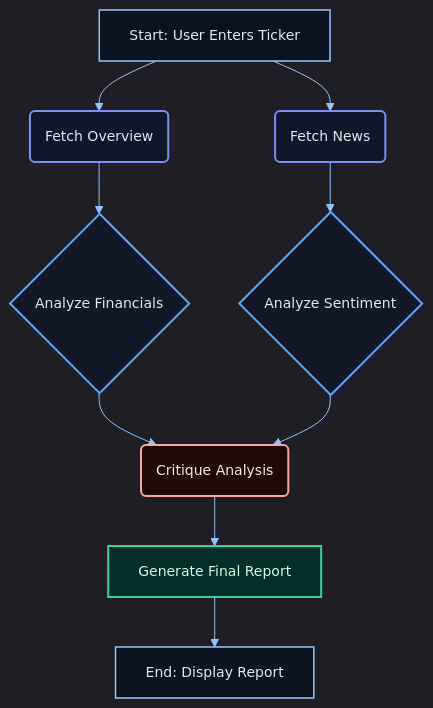
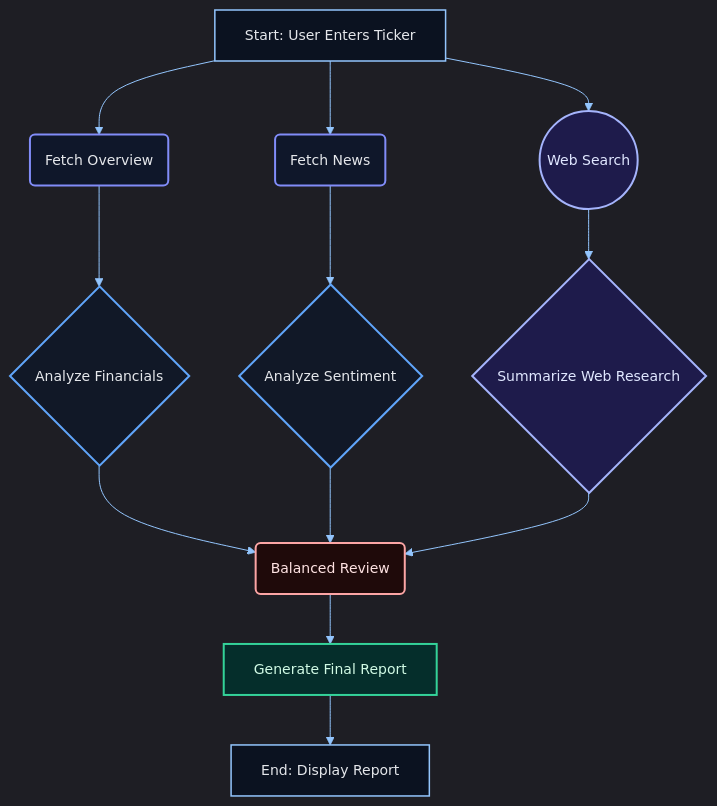
Before and after one commit to ChidambaraRaju/capital-compass: the diagram in README.md, drawn with Mermaid. The commit also changed other lines of this file, not shown here.

````diff
--- a/README.md
+++ b/README.md
@@ -60,36 +89,44 @@
 ```mermaid
 %%{init: {
   "theme": "dark",
   "themeVariables": {
     "primaryColor": "#0b1220",
     "primaryTextColor": "#E5E7EB",
     "primaryBorderColor": "#93C5FD",
     "lineColor": "#93C5FD",
     "tertiaryColor": "#111827",
     "fontSize": "14px",
     "fontFamily": "Inter, ui-sans-serif, system-ui, -apple-system, Segoe UI, Roboto"
   }
 }}%%
 
 graph TD
     A[Start: User Enters Ticker] --> B(Fetch Overview)
     A --> C(Fetch News)
+    A --> I((Web Search))
+
     B --> D{Analyze Financials}
     C --> E{Analyze Sentiment}
-    D --> F(Critique Analysis)
+    I --> J{Summarize Web Research}
+
+    D --> F(Balanced Review)
     E --> F
+    J --> F
+
     F --> G[Generate Final Report]
     G --> H[End: Display Report]
 
     %% Dark-friendly styles
     classDef fetch fill:#0F172A,stroke:#818CF8,color:#E5E7EB,stroke-width:2px
+    classDef websearch fill:#1E1B4B,stroke:#A5B4FC,color:#E0E7FF,stroke-width:2px
     classDef analyze fill:#111827,stroke:#60A5FA,color:#E5E7EB,stroke-width:2px
     classDef critic fill:#1F0A0A,stroke:#FCA5A5,color:#FEE2E2,stroke-width:2px
     classDef final fill:#052E2B,stroke:#34D399,color:#D1FAE5,stroke-width:2px
     classDef default fill:#0B1220,stroke:#93C5FD,color:#E5E7EB,stroke-width:1.5px
 
     class B,C fetch
+    class I,J websearch
     class D,E analyze
     class F critic
     class G final
 ```
````
